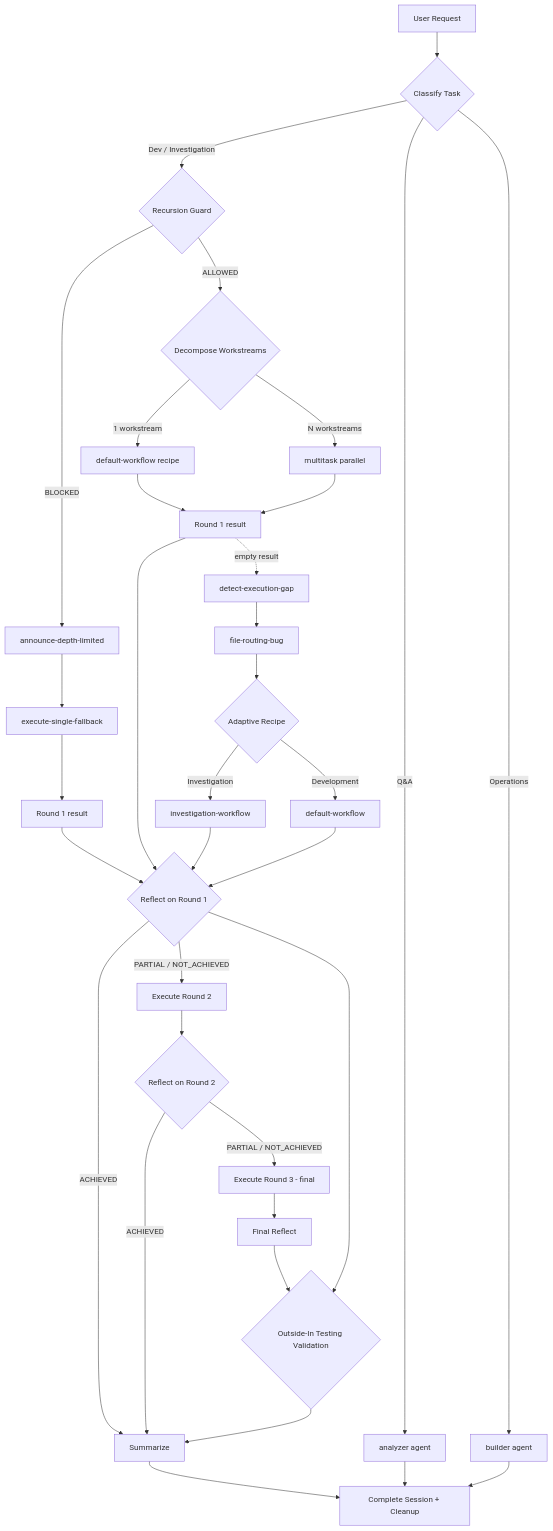
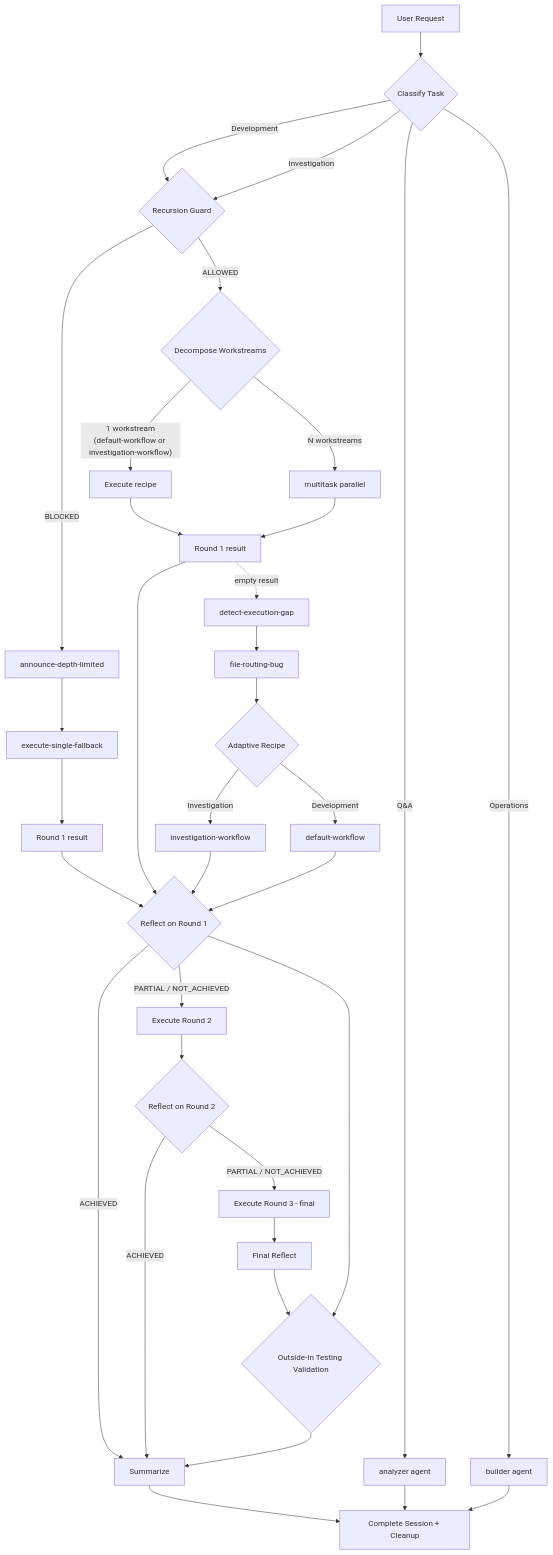
Before and after one commit to rysweet/amplihack: the diagram in .claude/skills/dev-orchestrator/SKILL.md, drawn with Mermaid. The commit also changed 1 other file, not shown here.

Commit message:
fix: address 3 graph accuracy issues found during testing
Testing with simulated scenarios revealed 3 improvements:

1. quality-audit: Changed V1->V2->V3 sequential chain to parallel
   fork/join (V1 & V2 & V3 -> MERGE) — validators run independently

2. quality-audit: Added "NEW" qualifier to CONTINUE edge label —
   recurse decision is based on NEW findings per cycle, not cumulative

3. dev-orchestrator: Split "Dev / Investigation" into separate edges
   — they route to different recipes and merging hid this distinction

````diff
--- a/.claude/skills/dev-orchestrator/SKILL.md
+++ b/.claude/skills/dev-orchestrator/SKILL.md
@@ -28,43 +28,44 @@
 ```mermaid
 flowchart TD
     A[User Request] --> B{Classify Task}
     B -->|Q&A| C[analyzer agent]
     B -->|Operations| D[builder agent]
-    B -->|Dev / Investigation| E{Recursion Guard}
+    B -->|Development| E{Recursion Guard}
+    B -->|Investigation| E
 
     E -->|BLOCKED| F[announce-depth-limited]
     F --> G[execute-single-fallback]
     G --> R1_BLOCKED[Round 1 result]
 
     E -->|ALLOWED| H{Decompose Workstreams}
-    H -->|1 workstream| I[default-workflow recipe]
+    H -->|"1 workstream<br/>(default-workflow or investigation-workflow)"| I[Execute recipe]
     H -->|N workstreams| J[multitask parallel]
     I --> R1[Round 1 result]
     J --> R1
 
     R1_BLOCKED --> REFLECT
     R1 --> REFLECT{Reflect on Round 1}
     REFLECT -->|ACHIEVED| SUM[Summarize]
     REFLECT -->|PARTIAL / NOT_ACHIEVED| K[Execute Round 2]
     K --> REFLECT2{Reflect on Round 2}
     REFLECT2 -->|ACHIEVED| SUM
     REFLECT2 -->|PARTIAL / NOT_ACHIEVED| L[Execute Round 3 - final]
     L --> REFLECT_FINAL[Final Reflect]
     REFLECT_FINAL --> VAL{Outside-In Testing Validation}
     REFLECT --> VAL
 
     VAL --> SUM
     SUM --> DONE[Complete Session + Cleanup]
 
     %% Adaptive error recovery path
     R1 -.->|empty result| DET[detect-execution-gap]
     DET --> FILE_BUG[file-routing-bug]
     FILE_BUG --> ADAPT{Adaptive Recipe}
     ADAPT -->|Investigation| INV_RECIPE[investigation-workflow]
     ADAPT -->|Development| DEV_RECIPE[default-workflow]
     INV_RECIPE --> REFLECT
     DEV_RECIPE --> REFLECT
 
     C --> DONE
     D --> DONE
 ```
````
